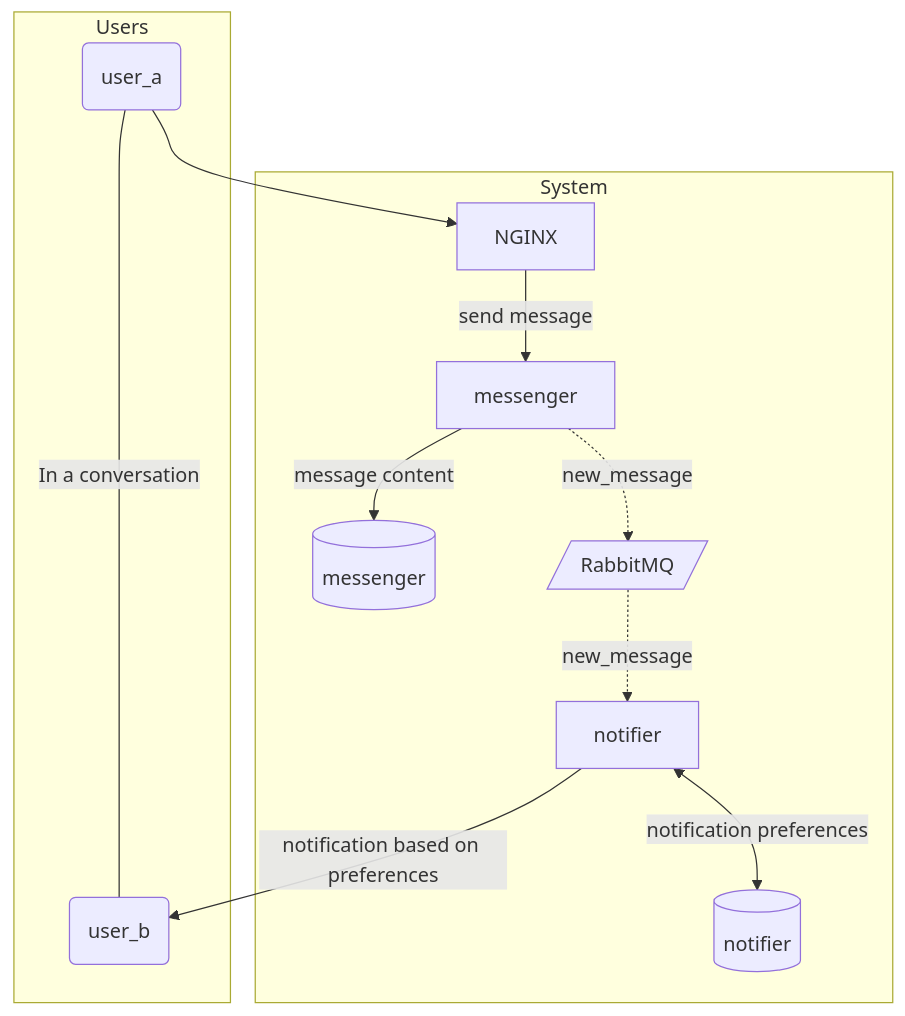
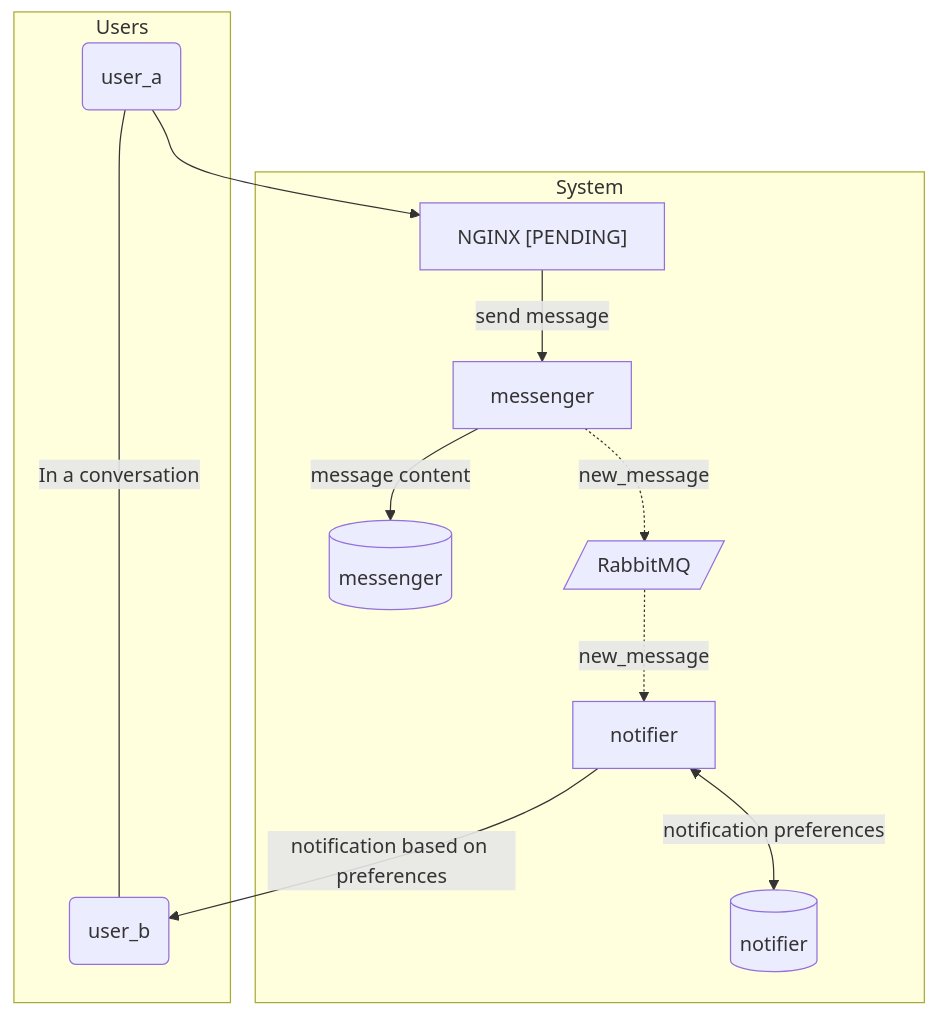
Before and after one commit to microservices-march-2022/.github: the diagram in profile/README.md, drawn with Mermaid. The commit also changed other lines of this file, not shown here.

````diff
--- a/profile/README.md
+++ b/profile/README.md
@@ -55,15 +58,15 @@
 ```mermaid
 graph TD
 G --> A
 subgraph System
-A[NGINX] -->|send message| B[messenger]
+A["NGINX [PENDING]"] -->|send message| B[messenger]
 B -->|message content| C[(messenger)]
 B .->|new_message| D[/RabbitMQ/]
 D .->|new_message| E[notifier]
 E <-->|notification preferences| F[(notifier)]
 end
 E -->|notification based on preferences| H
 subgraph Users
 G(user_a) ---|In a conversation| H(user_b)
 end
 ```
````
